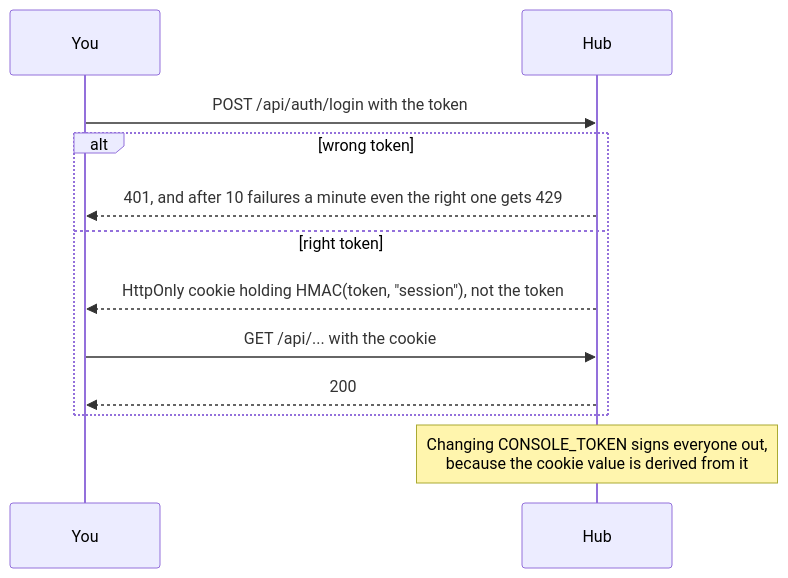
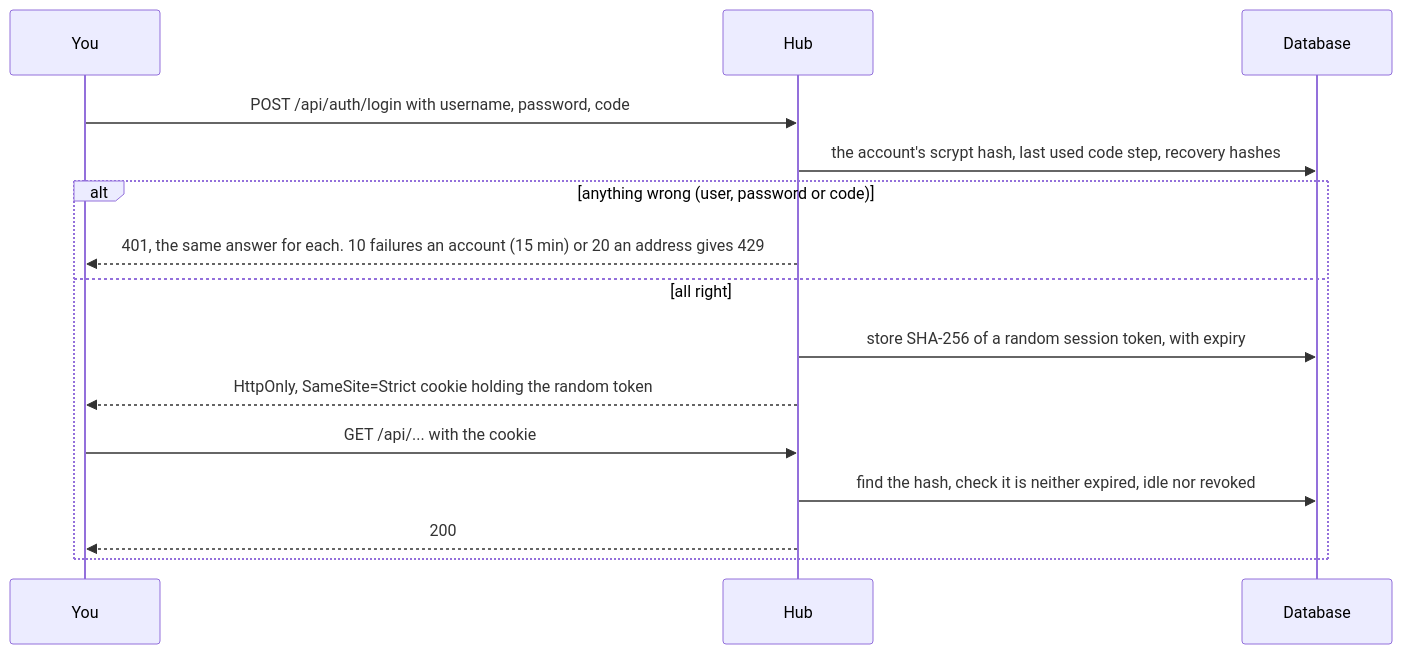
The fifth of 6 diagrams in docs/KEYS.md (em-brandon/Nightjar), drawn with Mermaid before and after one commit. The commit also changed other lines of this file and 3 other files, not shown here.

````diff
--- a/docs/KEYS.md
+++ b/docs/KEYS.md
@@ -192,15 +195,18 @@
 ```mermaid
 sequenceDiagram
     participant You
     participant Hub
+    participant DB as Database
 
-    You->>Hub: POST /api/auth/login with the token
-    alt wrong token
-        Hub-->>You: 401, and after 10 failures a minute even the right one gets 429
-    else right token
-        Hub-->>You: HttpOnly cookie holding HMAC(token, "session"), not the token
+    You->>Hub: POST /api/auth/login with username, password, code
+    Hub->>DB: the account's scrypt hash, last used code step, recovery hashes
+    alt anything wrong (user, password or code)
+        Hub-->>You: 401, the same answer for each. 10 failures an account (15 min) or 20 an address gives 429
+    else all right
+        Hub->>DB: store SHA-256 of a random session token, with expiry
+        Hub-->>You: HttpOnly, SameSite=Strict cookie holding the random token
         You->>Hub: GET /api/... with the cookie
+        Hub->>DB: find the hash, check it is neither expired, idle nor revoked
         Hub-->>You: 200
     end
-    Note over Hub: Changing CONSOLE_TOKEN signs everyone out,<br/>because the cookie value is derived from it
 ```
````
